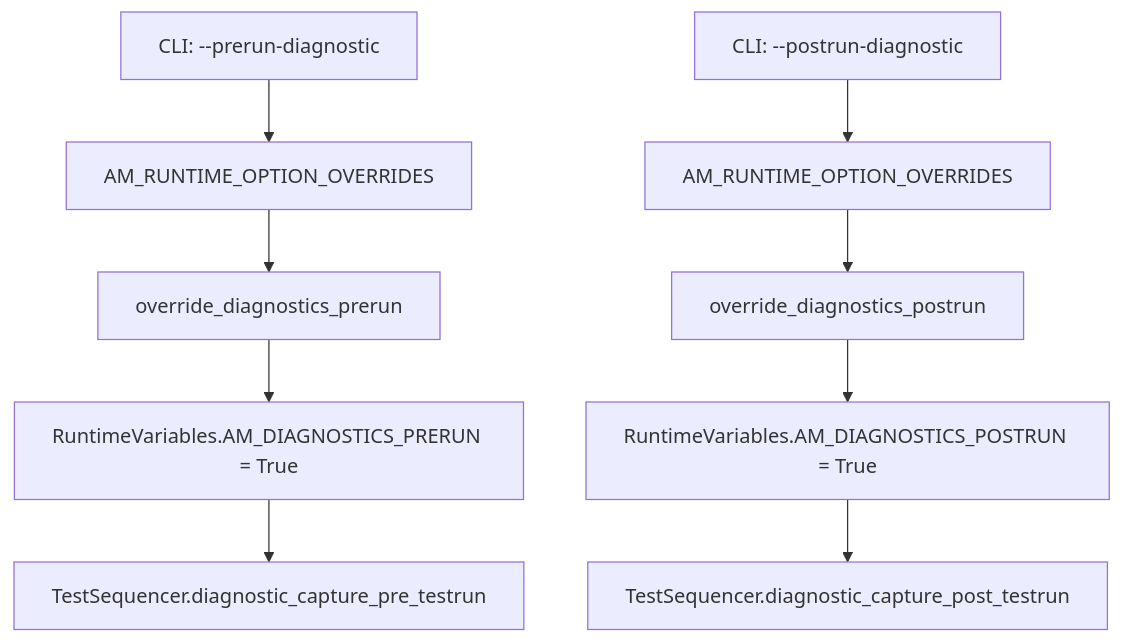
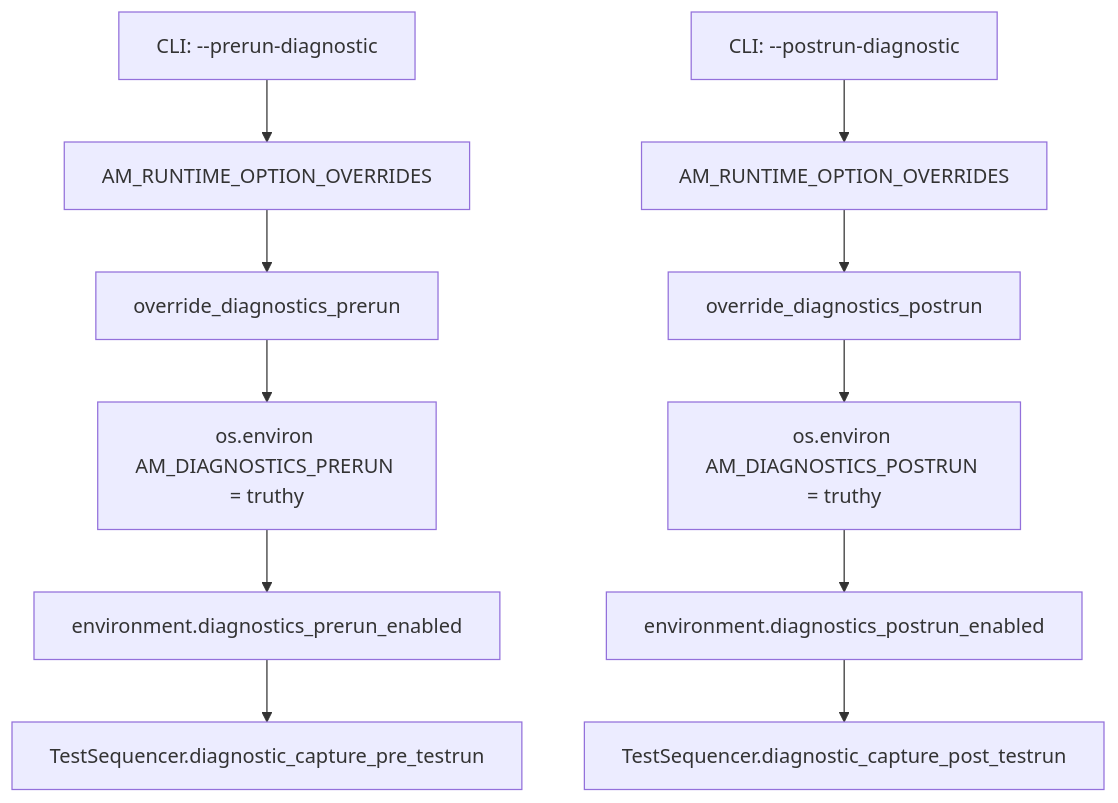
One commit to code-craft-ai-company/codecraftai-testbase changed the seventh of 9 diagrams in specs/diagnostics/design.md. Above: the diagram before and after it, drawn with Mermaid. The commit also changed other lines of this file and 109 other files, not shown here.

````diff
--- a/specs/diagnostics/design.md
+++ b/specs/diagnostics/design.md
@@ -215,13 +216,15 @@
 ```mermaid
 flowchart TD
     A[CLI: --prerun-diagnostic] --> B[AM_RUNTIME_OPTION_OVERRIDES]
     B --> C[override_diagnostics_prerun]
-    C --> D[RuntimeVariables.AM_DIAGNOSTICS_PRERUN = True]
+    C --> D[os.environ AM_DIAGNOSTICS_PRERUN = truthy]
     
     E[CLI: --postrun-diagnostic] --> F[AM_RUNTIME_OPTION_OVERRIDES]
     F --> G[override_diagnostics_postrun]
-    G --> H[RuntimeVariables.AM_DIAGNOSTICS_POSTRUN = True]
+    G --> H[os.environ AM_DIAGNOSTICS_POSTRUN = truthy]
     
-    D --> I[TestSequencer.diagnostic_capture_pre_testrun]
-    H --> J[TestSequencer.diagnostic_capture_post_testrun]
+    D --> D2[environment.diagnostics_prerun_enabled]
+    H --> H2[environment.diagnostics_postrun_enabled]
+    D2 --> I[TestSequencer.diagnostic_capture_pre_testrun]
+    H2 --> J[TestSequencer.diagnostic_capture_post_testrun]
 ```
````
